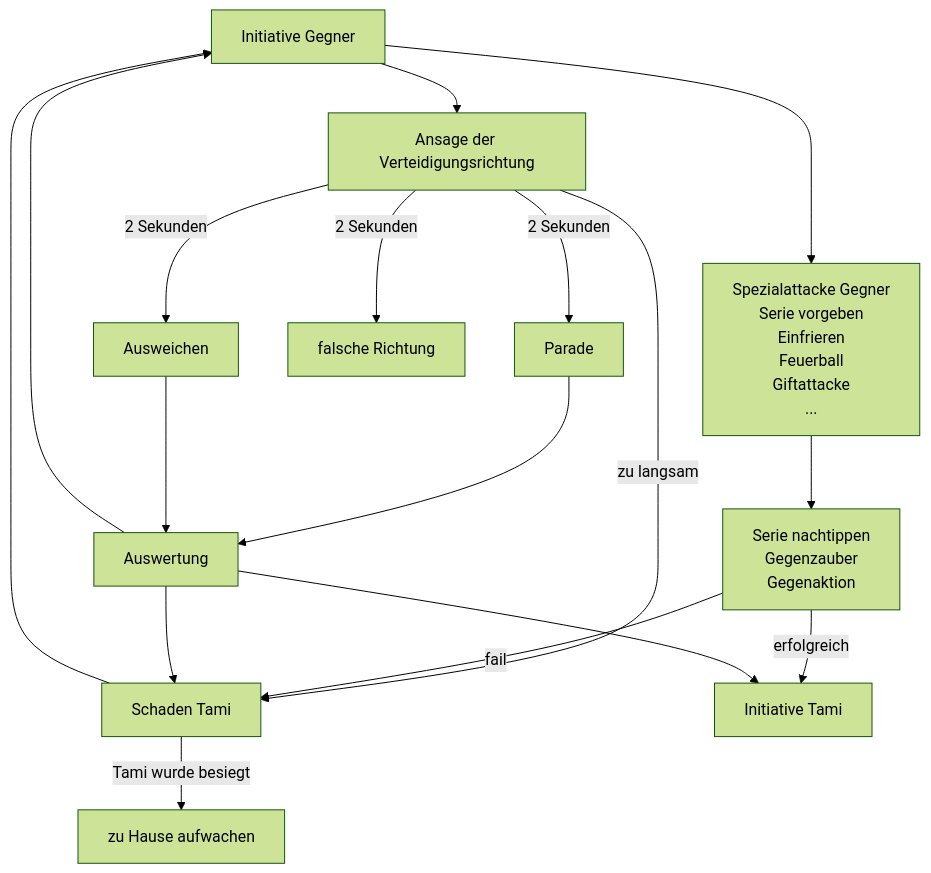
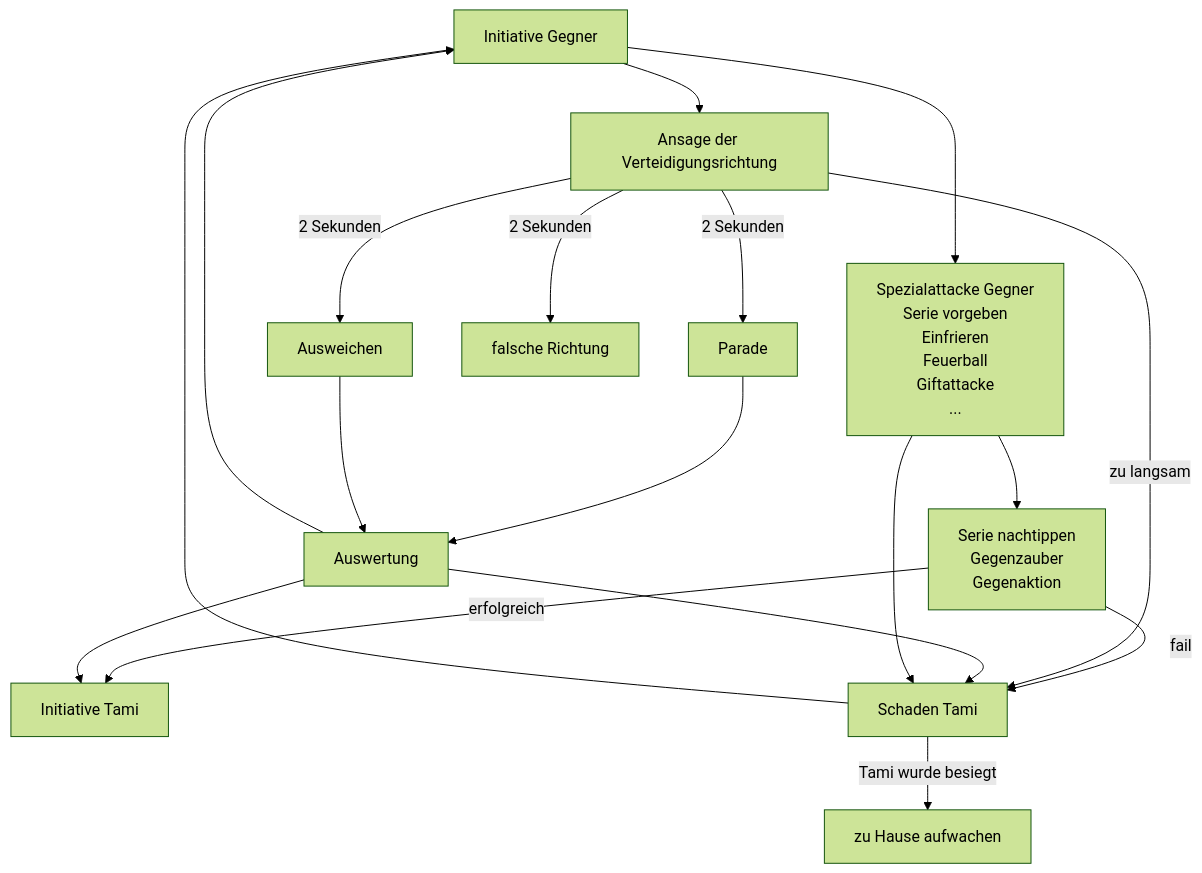
The second of 2 diagrams in README.md (JG55JG/Tami-und-der-Schattenkoenig), drawn with Mermaid (forest theme) before and after one commit.

````diff
--- a/README.md
+++ b/README.md
@@ -117,21 +117,22 @@
 ```mermaid
 graph TD;
-    D[Initiative Gegner]-->E[Ansage der Verteidigungsrichtung];
-	E--zu langsam-->H[Schaden Tami];
+    D[Initiative Gegner]-->E[Ansage der Verteidigungsrichtung];	
 	D-->EE[Spezialattacke Gegner\nSerie vorgeben\nEinfrieren\nFeuerball\nGiftattacke\n...];
 	EE-->F[Serie nachtippen\nGegenzauber\n Gegenaktion];
 	F--erfolgreich-->A[Initiative Tami];
 	F--fail-->H;
 	E--2 Sekunden-->G[Parade];
 	E--2 Sekunden-->GG[Ausweichen];
 	E--2 Sekunden-->GGG[falsche Richtung];
 	G-->I[Auswertung];
+	E--zu langsam-->H[Schaden Tami];
 	GG-->I;
 	I-->H;
+	EE-->H;
 	I-->A;
 	I-->D;
 	H-->D;
 	H--Tami wurde besiegt-->J[zu Hause aufwachen]
 	
 
 ```
````
